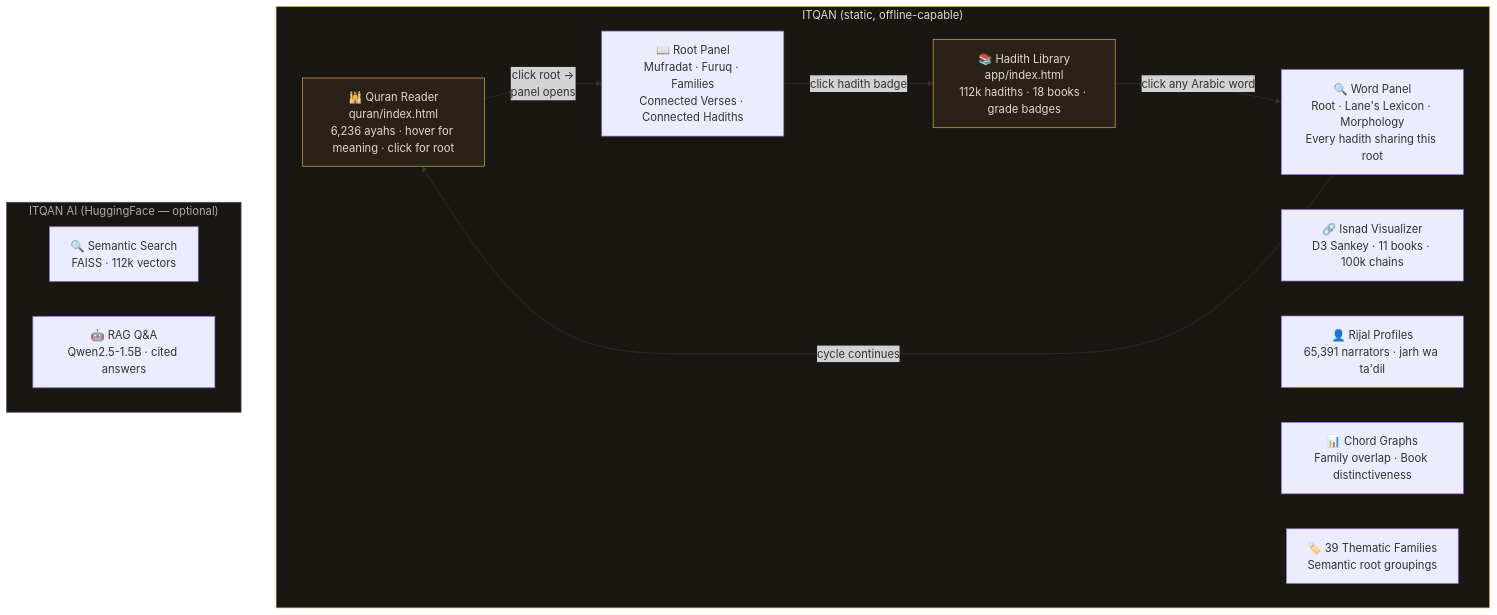
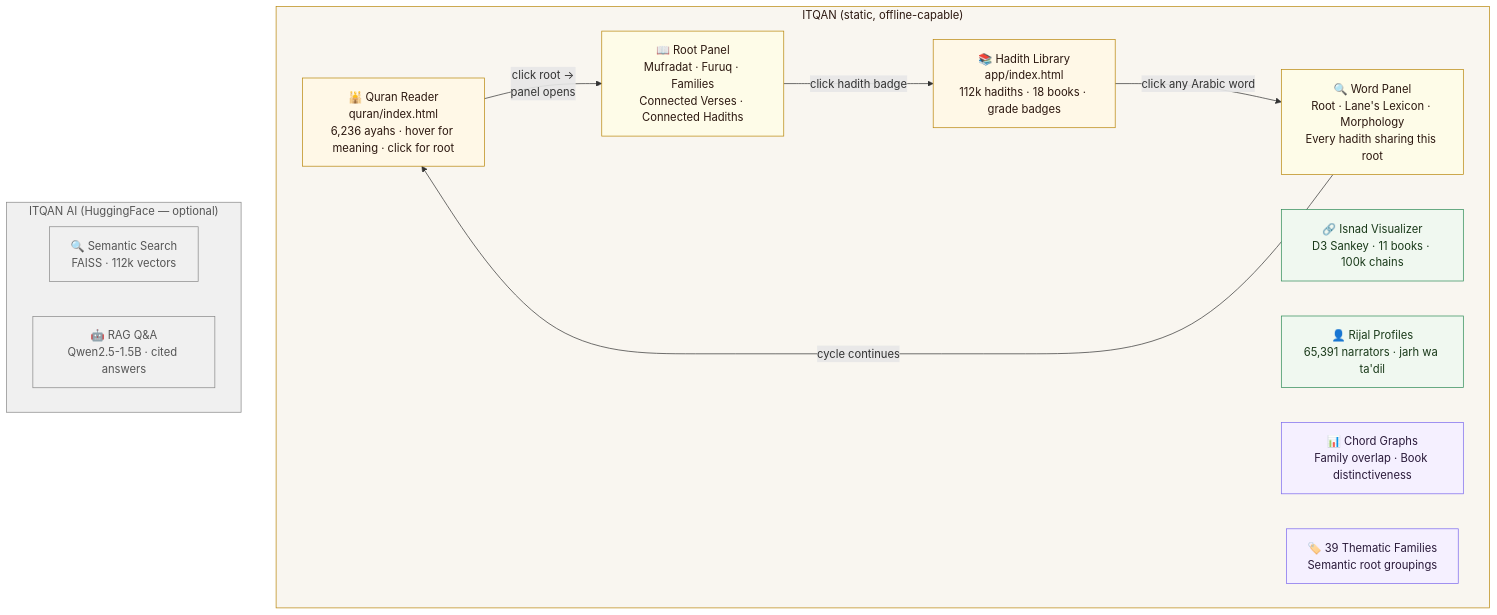
Before and after one commit to R3GENESI5/Itqan: the first of 3 diagrams in README.md, drawn with Mermaid. The commit also changed other lines of this file, not shown here.

Commit message:
Fix Mermaid diagram colors (light bg for readability), update audit dashboard section

````diff
--- a/README.md
+++ b/README.md
@@ -774,25 +772,33 @@
 ```mermaid
 graph TD
     subgraph ITQAN["ITQAN (static, offline-capable)"]
         QV["🕌 Quran Reader<br/>quran/index.html<br/>6,236 ayahs · hover for meaning · click for root"]
         QV -->|"click root →<br/>panel opens"| RP["📖 Root Panel<br/>Mufradat · Furuq · Families<br/>Connected Verses · Connected Hadiths"]
         RP -->|"click hadith badge"| HV["📚 Hadith Library<br/>app/index.html<br/>112k hadiths · 18 books · grade badges"]
         HV -->|"click any Arabic word"| WP["🔍 Word Panel<br/>Root · Lane's Lexicon · Morphology<br/>Every hadith sharing this root"]
         WP -->|"cycle continues"| QV
 
         IS["🔗 Isnad Visualizer<br/>D3 Sankey · 11 books · 100k chains"]
         RJ["👤 Rijal Profiles<br/>65,391 narrators · jarh wa ta'dil"]
         CH["📊 Chord Graphs<br/>Family overlap · Book distinctiveness"]
         FM["🏷️ 39 Thematic Families<br/>Semantic root groupings"]
     end
 
     subgraph AI["ITQAN AI (HuggingFace — optional)"]
         SE["🔍 Semantic Search<br/>FAISS · 112k vectors"]
         RAG["🤖 RAG Q&A<br/>Qwen2.5-1.5B · cited answers"]
     end
 
-    style ITQAN fill:#1a1612,stroke:#d4a855,color:#e0d8c8
-    style AI fill:#1a1612,stroke:#555,color:#aaa
-    style QV fill:#2a2218,stroke:#d4a855,color:#e0d8c8
-    style HV fill:#2a2218,stroke:#d4a855,color:#e0d8c8
+    style ITQAN fill:#f9f6f0,stroke:#b8860b,color:#2c1810
+    style AI fill:#f0f0f0,stroke:#888,color:#555
+    style QV fill:#fff8e7,stroke:#b8860b,color:#2c1810
+    style HV fill:#fff8e7,stroke:#b8860b,color:#2c1810
+    style RP fill:#fefce8,stroke:#b8860b,color:#2c1810
+    style WP fill:#fefce8,stroke:#b8860b,color:#2c1810
+    style IS fill:#f0f8f0,stroke:#2e8b57,color:#1a3a1a
+    style RJ fill:#f0f8f0,stroke:#2e8b57,color:#1a3a1a
+    style CH fill:#f5f0ff,stroke:#7b68ee,color:#2a1a3a
+    style FM fill:#f5f0ff,stroke:#7b68ee,color:#2a1a3a
+    style SE fill:#f0f0f0,stroke:#888,color:#555
+    style RAG fill:#f0f0f0,stroke:#888,color:#555
 ```
````
